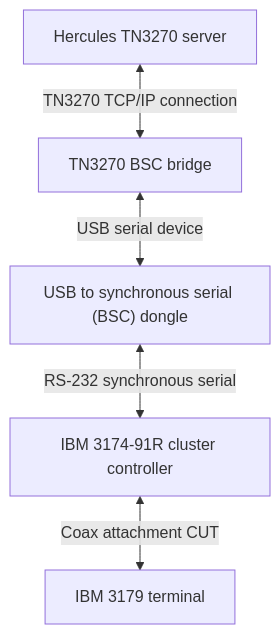
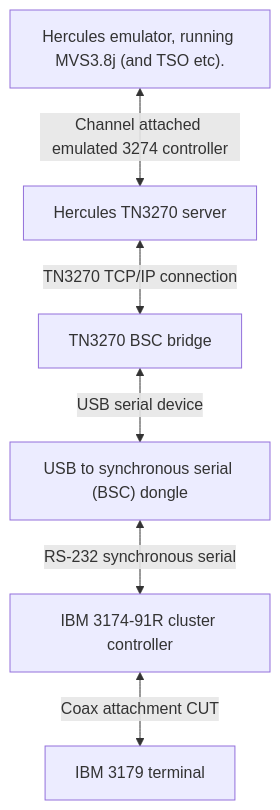
The diagram in README.md (twinslow/tn3270-bsc-bridge), drawn with Mermaid before and after one commit. The commit also changed other lines of this file, not shown here.

Commit message:
Readme update

````diff
--- a/README.md
+++ b/README.md
@@ -14,12 +14,14 @@
 ```mermaid
 flowchart TD
+    mvs["Hercules emulator, running MVS3.8j (and TSO etc)."]
     tn3270[Hercules TN3270 server]
     bridge[TN3270 BSC bridge]
     dongle["USB to synchronous serial (BSC) dongle"]
     3174[IBM 3174-91R cluster controller]
     3179[IBM 3179 terminal]
+    mvs <-->|Channel attached emulated 3274 controller|tn3270
     tn3270 <--> |TN3270 TCP/IP connection|bridge
     bridge <--> |USB serial device|dongle
     dongle <--> |RS-232 synchronous serial|3174
     3174 <--> |Coax attachment CUT|3179
 ```
````
